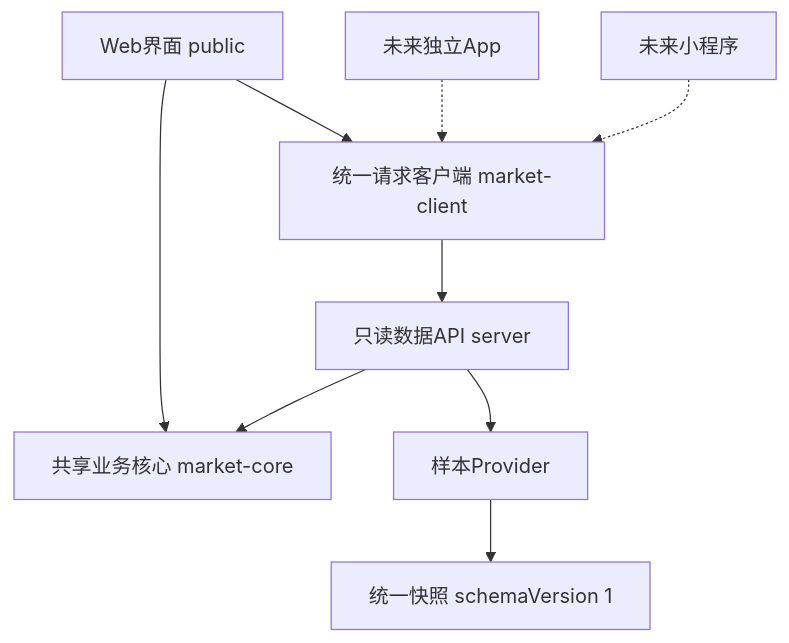
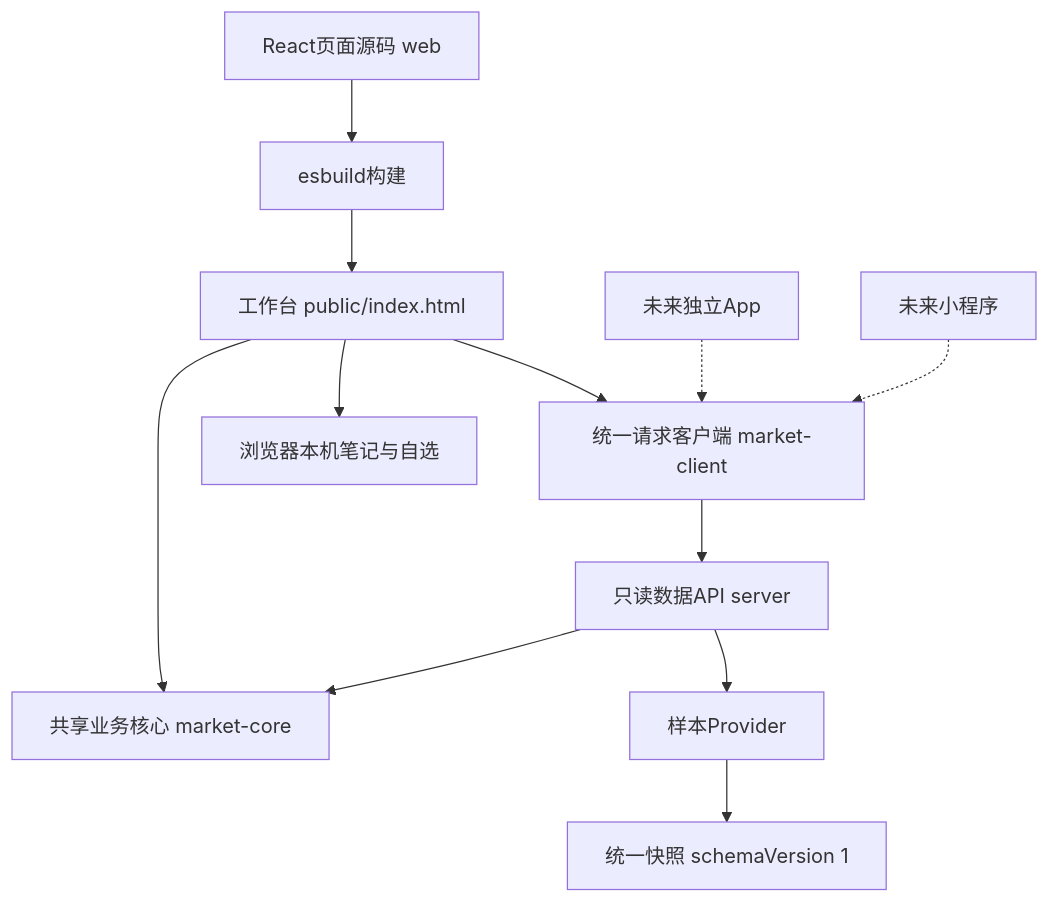
Before and after one commit to aHao030/guanchao-kanpan: the diagram in docs/SOURCE_LAYOUT.md, drawn with Mermaid. The commit also changed other lines of this file and 42 other files, not shown here.

````diff
--- a/docs/SOURCE_LAYOUT.md
+++ b/docs/SOURCE_LAYOUT.md
@@ -5,11 +5,14 @@
-```mermaid
+~~~mermaid
 flowchart TD
-  Web[Web界面 public] --> Core[共享业务核心 market-core]
+  Source[React页面源码 web] --> Build[esbuild构建]
+  Build --> Web[工作台 public/index.html]
+  Web --> Core[共享业务核心 market-core]
   Web --> SDK[统一请求客户端 market-client]
+  Web --> Local[浏览器本机笔记与自选]
   App[未来独立App] -.-> SDK
   Mini[未来小程序] -.-> SDK
   SDK --> API[只读数据API server]
   API --> Provider[样本Provider]
   Provider --> Snapshot[统一快照 schemaVersion 1]
   API --> Core
-```
+~~~
````
